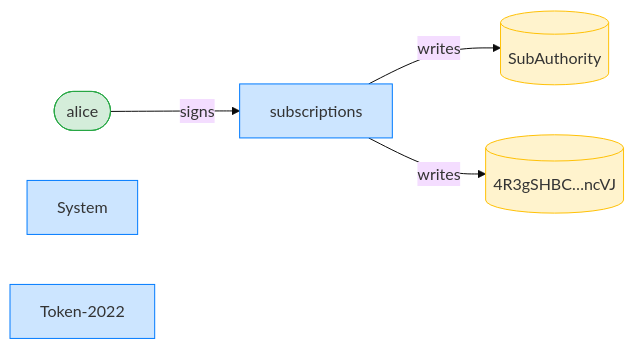
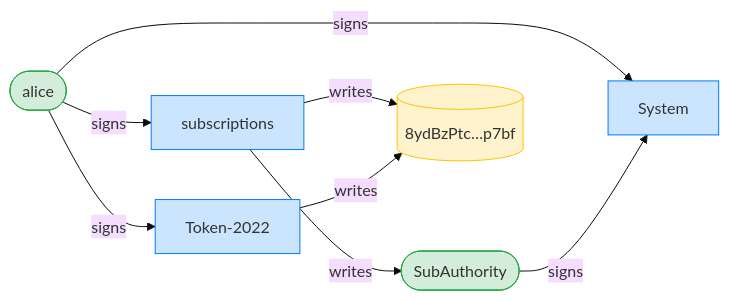
Before and after one commit to cds-rs/subscriptions: the third of 12 diagrams in dsl_tests/recurring-transfer-over-a-token-2022-transfer-fee-mint.md, drawn with Mermaid (base theme). The commit also changed other lines of this file and 224 other files, not shown here.

````diff
--- a/dsl_tests/recurring-transfer-over-a-token-2022-transfer-fee-mint.md
+++ b/dsl_tests/recurring-transfer-over-a-token-2022-transfer-fee-mint.md
@@ -55,15 +56,19 @@
 ```mermaid
 flowchart LR
     classDef signer fill:#d4edda,stroke:#28a745;
     classDef program fill:#cce5ff,stroke:#007bff;
     classDef writable fill:#fff3cd,stroke:#ffc107;
     subscriptions[subscriptions]:::program
     alice([alice]):::signer
-    SubAuthority[(SubAuthority)]:::writable
-    4R3gSHBC_ncVJ[("4R3gSHBC…ncVJ")]:::writable
+    SubAuthority([SubAuthority]):::signer
+    8ydBzPtc_p7bf[("8ydBzPtc…p7bf")]:::writable
     System[System]:::program
     Token_2022["Token-2022"]:::program
     alice -->|signs| subscriptions
+    alice -->|signs| System
+    SubAuthority -->|signs| System
+    alice -->|signs| Token_2022
     subscriptions -->|writes| SubAuthority
-    subscriptions -->|writes| 4R3gSHBC_ncVJ
+    subscriptions -->|writes| 8ydBzPtc_p7bf
+    Token_2022 -->|writes| 8ydBzPtc_p7bf
 ```
````
